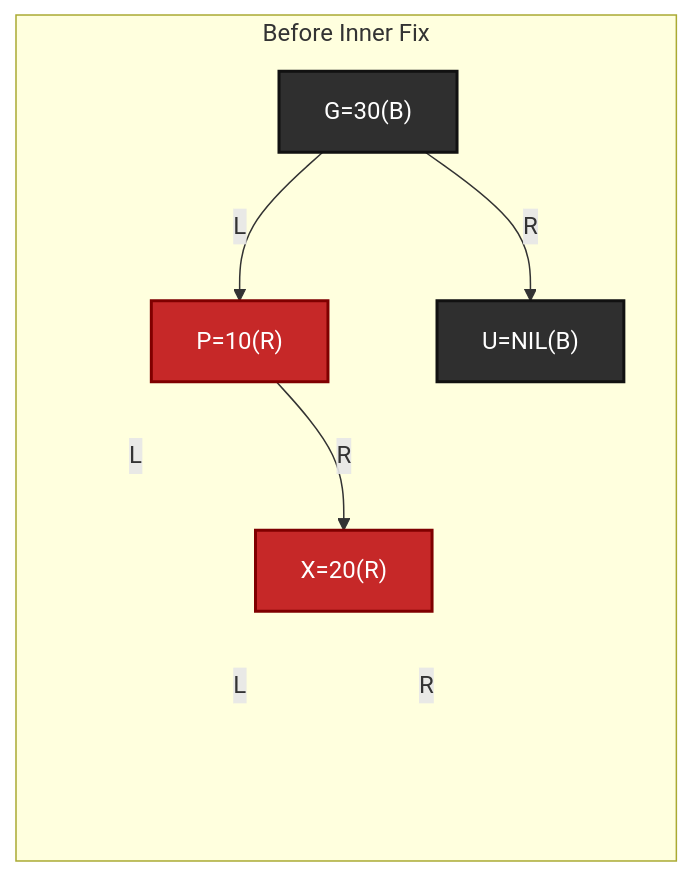
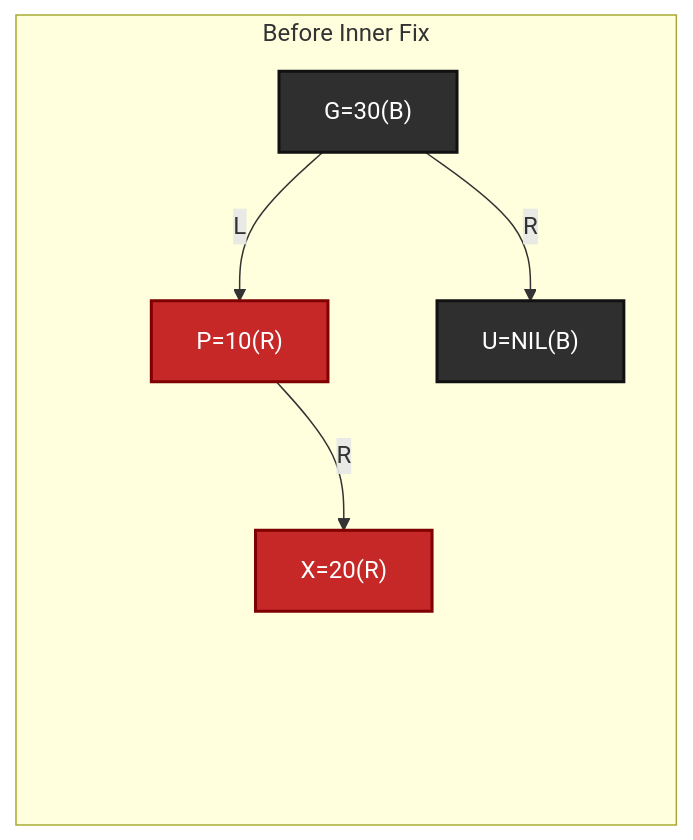
One commit to FormingSystem/linux_note changed diagram 18 of 24 in knowledge/linux/data_structures/红黑树_rb-tree/P35_红黑插入与红红冲突上推.md. Above: the diagram before and after it, drawn with Mermaid. The commit also changed other lines of this file and 5 other files, not shown here.

````diff
--- a/knowledge/linux/data_structures/红黑树_rb-tree/P35_红黑插入与红红冲突上推.md
+++ b/knowledge/linux/data_structures/红黑树_rb-tree/P35_红黑插入与红红冲突上推.md
@@ -943,33 +943,33 @@
 ```mermaid
 graph LR
 	subgraph "Before Inner Fix"
 		G["G=30(B)"]
 		P["P=10(R)"]
 		U["U=NIL(B)"]
 		PL[" "]
 		X["X=20(R)"]
 		XL[" "]
 		XR[" "]
 	end
 
 	G -->|"L"| P
 	G -->|"R"| U
 
-	P -->|"L"| PL
+	P --> PL
 	P -->|"R"| X
 
-	X -->|"L"| XL
-	X -->|"R"| XR
+	X --> XL
+	X --> XR
 
 	classDef black fill:#2f2f2f,stroke:#111,color:#fff,stroke-width:2px;
 	classDef red fill:#c62828,stroke:#7f0000,color:#fff,stroke-width:2px;
 	classDef ghost fill:transparent,stroke:transparent,color:transparent;
 
 	class G,U black;
 	class P,X red;
 	class PL,XL,XR ghost;
 
 	linkStyle 2 stroke:transparent;
 	linkStyle 4 stroke:transparent;
 	linkStyle 5 stroke:transparent;
 ```
````
